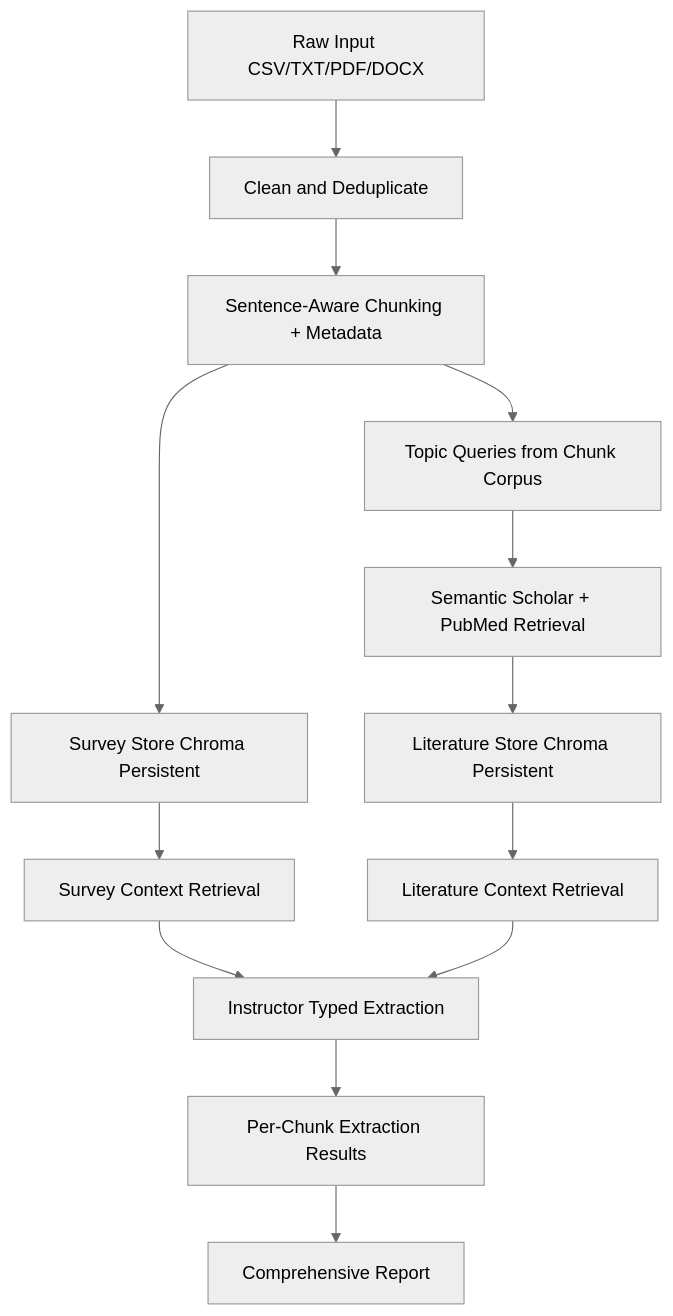
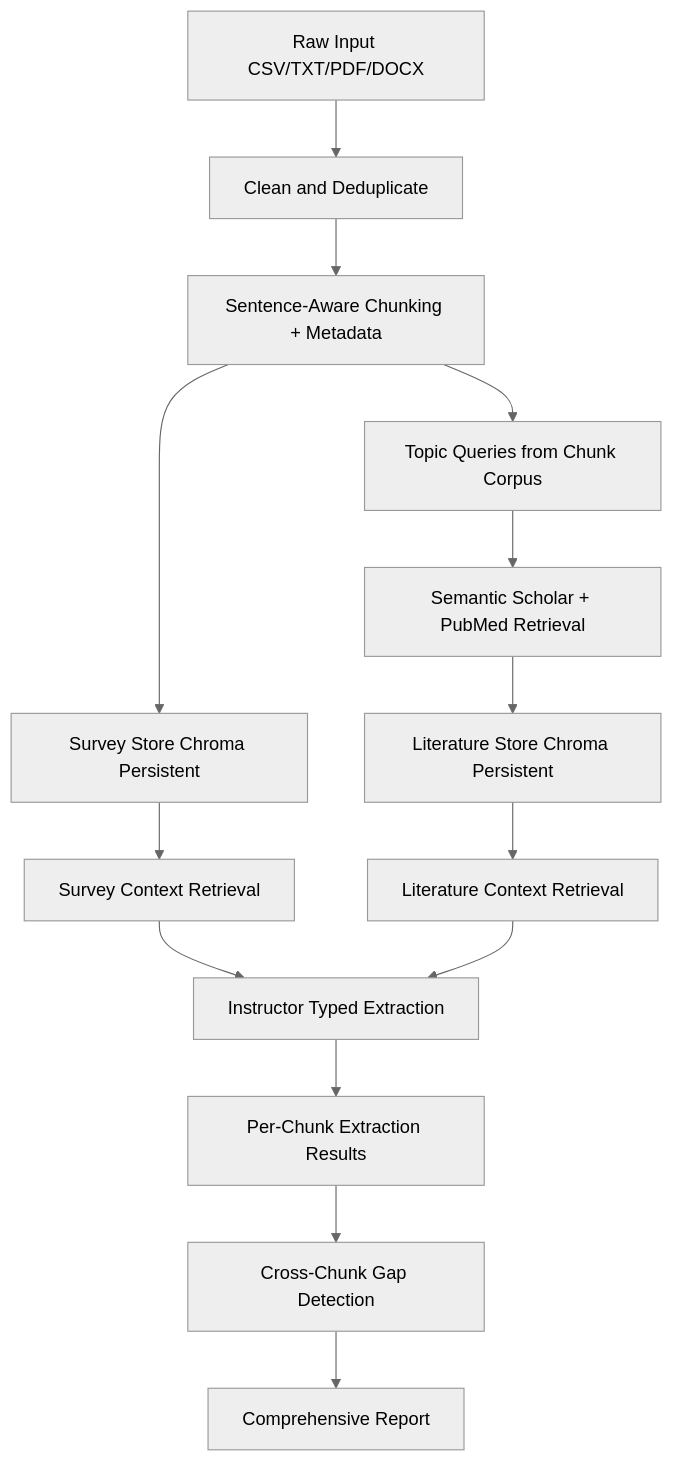
The diagram in ARCHITECTURE.md (haseebraza715/llm-survey-model-specification), drawn with Mermaid (neutral theme) before and after one commit. The commit also changed other lines of this file and 5 other files, not shown here.

Commit message:
docs: update phase 4 status and gap detection documentation

````diff
--- a/ARCHITECTURE.md
+++ b/ARCHITECTURE.md
@@ -19,15 +21,16 @@
 ```mermaid
 flowchart TD
     A[Raw Input CSV/TXT/PDF/DOCX] --> B[Clean and Deduplicate]
     B --> C[Sentence-Aware Chunking + Metadata]
     C --> D[Survey Store Chroma Persistent]
     C --> E[Topic Queries from Chunk Corpus]
     E --> F[Semantic Scholar + PubMed Retrieval]
     F --> G[Literature Store Chroma Persistent]
     D --> H[Survey Context Retrieval]
     G --> I[Literature Context Retrieval]
     H --> J[Instructor Typed Extraction]
     I --> J
     J --> K[Per-Chunk Extraction Results]
-    K --> L[Comprehensive Report]
+    K --> L[Cross-Chunk Gap Detection]
+    L --> M[Comprehensive Report]
 ```
````
